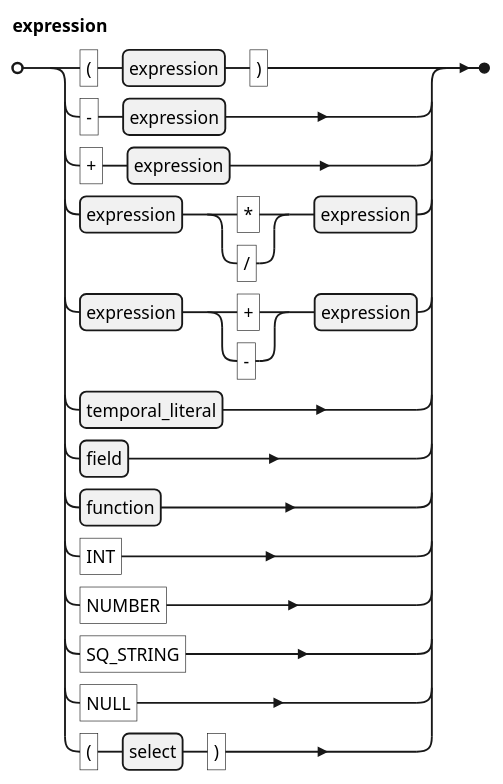
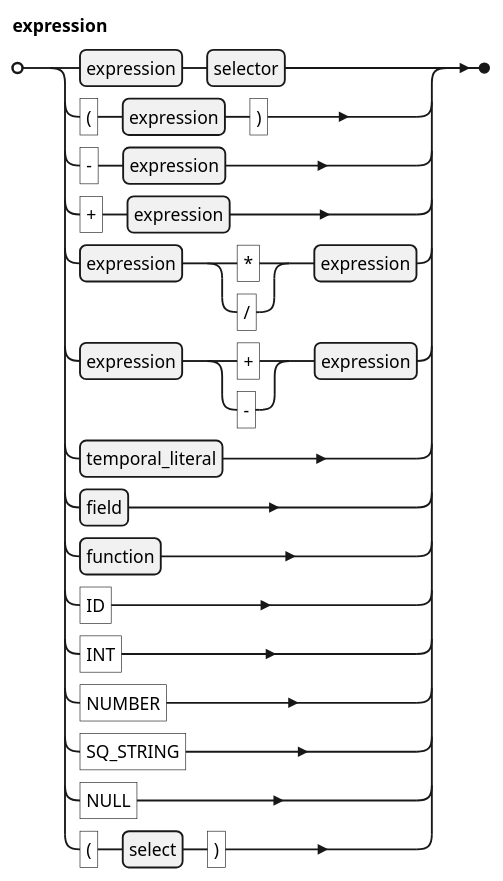
The diagram in docs/kql/expression.plantuml (koryki-java/core), drawn with PlantUML before and after one commit. The commit also changed 12 other files, not shown here.

```diff
--- a/docs/kql/expression.plantuml
+++ b/docs/kql/expression.plantuml
@@ -1,24 +1,26 @@
 @startebnf
 ' border and background
 skinparam legendBorderColor transparent
 skinparam legendBackgroundColor white
 
 'title expression
 
 expression =
- "(", expression, ")"
+ expression, selector
+| "(", expression, ")"
 | "-", expression
 | "+", expression
 | expression, ("*" | "/"), expression
 | expression, ("+" | "-"), expression
 | temporal_literal
 | field
 | function
+| "ID"
 | "INT"
 | "NUMBER"
 | "SQ_STRING"
 | "NULL"
 | "(", select, ")"
 ;
 
 @endebnf
```
